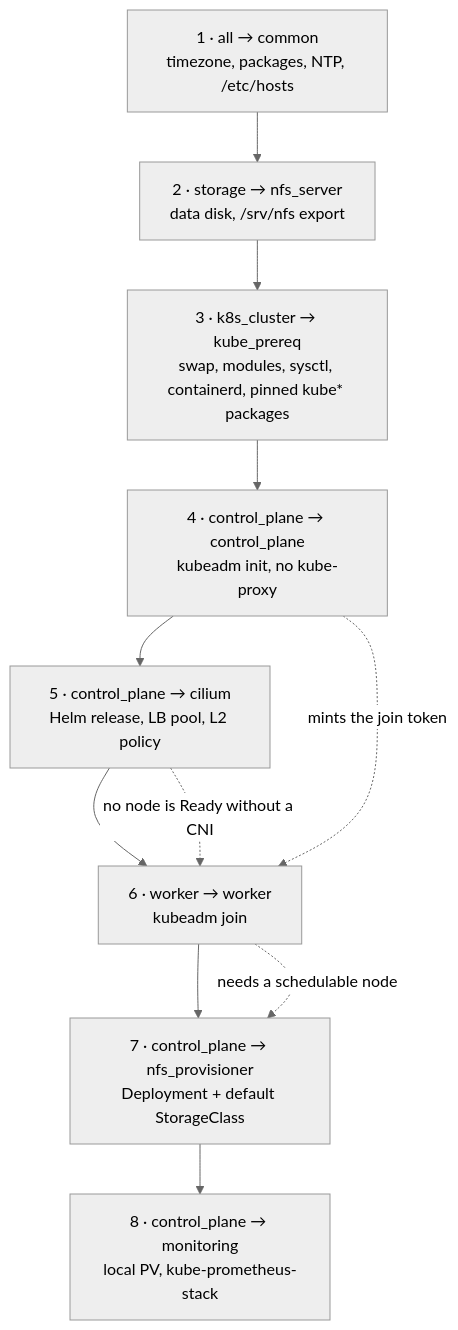
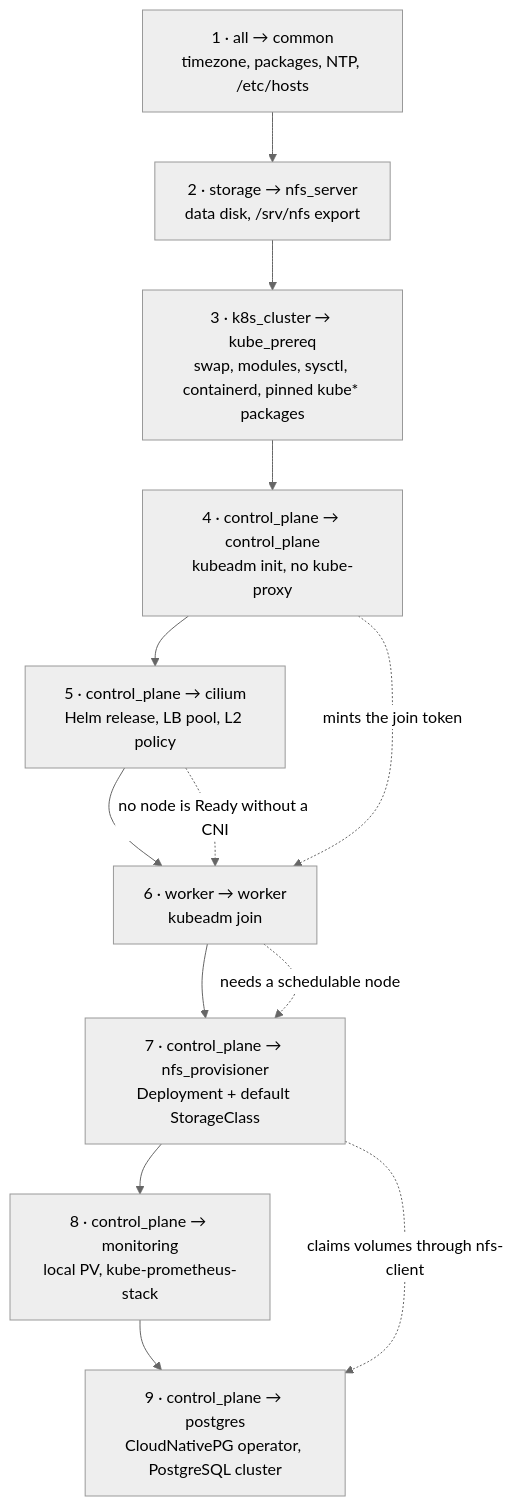
The fifth of 7 diagrams in docs/provisioning.md (TheElysium/homelab), drawn with Mermaid (neutral theme) before and after one commit. The commit also changed other lines of this file and 11 other files, not shown here.

````diff
--- a/docs/provisioning.md
+++ b/docs/provisioning.md
@@ -191,16 +191,18 @@
 ```mermaid
 flowchart TB
     P1["1 · all → common<br/>timezone, packages, NTP, /etc/hosts"]
     P2["2 · storage → nfs_server<br/>data disk, /srv/nfs export"]
     P3["3 · k8s_cluster → kube_prereq<br/>swap, modules, sysctl, containerd, pinned kube* packages"]
     P4["4 · control_plane → control_plane<br/>kubeadm init, no kube-proxy"]
     P5["5 · control_plane → cilium<br/>Helm release, LB pool, L2 policy"]
     P6["6 · worker → worker<br/>kubeadm join"]
     P7["7 · control_plane → nfs_provisioner<br/>Deployment + default StorageClass"]
     P8["8 · control_plane → monitoring<br/>local PV, kube-prometheus-stack"]
+    P9["9 · control_plane → postgres<br/>CloudNativePG operator, PostgreSQL cluster"]
 
-    P1 --> P2 --> P3 --> P4 --> P5 --> P6 --> P7 --> P8
+    P1 --> P2 --> P3 --> P4 --> P5 --> P6 --> P7 --> P8 --> P9
     P6 -.->|"needs a schedulable node"| P7
+    P7 -.->|"claims volumes through nfs-client"| P9
     P5 -.->|"no node is Ready without a CNI"| P6
     P4 -.->|"mints the join token"| P6
 ```
````
